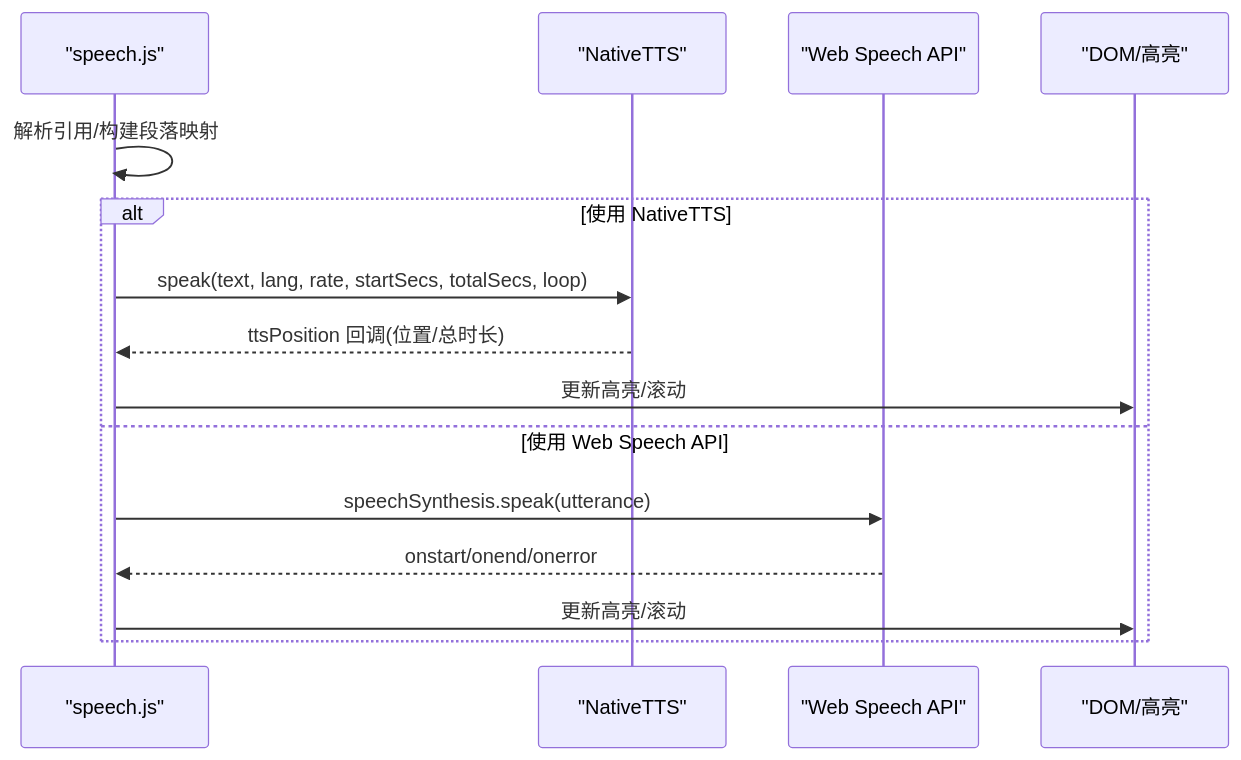
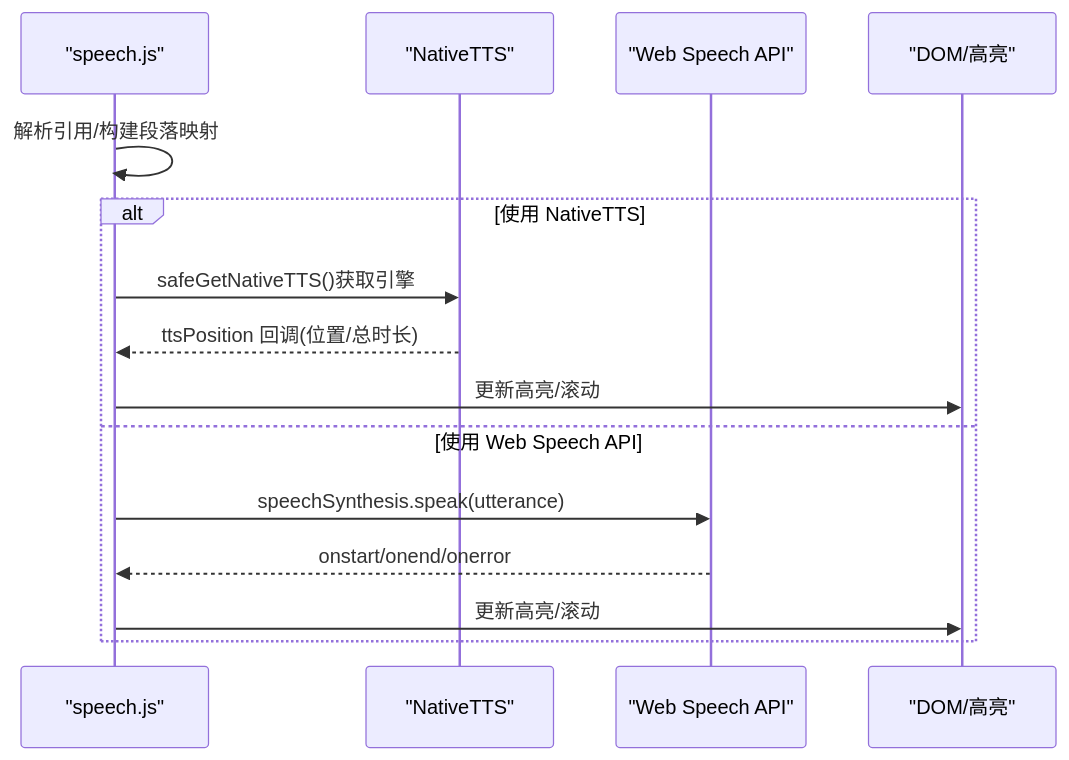
One commit to zhao-zg/cx changed the sixth of 9 diagrams in .qoder/repowiki/zh/content/高级功能/前端功能.md. Above: the diagram before and after it, drawn with Mermaid. The commit also changed other lines of this file and 34 other files, not shown here.

````diff
--- a/.qoder/repowiki/zh/content/高级功能/前端功能.md
+++ b/.qoder/repowiki/zh/content/高级功能/前端功能.md
@@ -226,17 +239,17 @@
 ```mermaid
 sequenceDiagram
 participant S as "speech.js"
 participant N as "NativeTTS"
 participant W as "Web Speech API"
 participant DOM as "DOM/高亮"
 S->>S : 解析引用/构建段落映射
 alt 使用 NativeTTS
-S->>N : speak(text, lang, rate, startSecs, totalSecs, loop)
+S->>N : safeGetNativeTTS()获取引擎
 N-->>S : ttsPosition 回调(位置/总时长)
 S->>DOM : 更新高亮/滚动
 else 使用 Web Speech API
 S->>W : speechSynthesis.speak(utterance)
 W-->>S : onstart/onend/onerror
 S->>DOM : 更新高亮/滚动
 end
 ```
````
